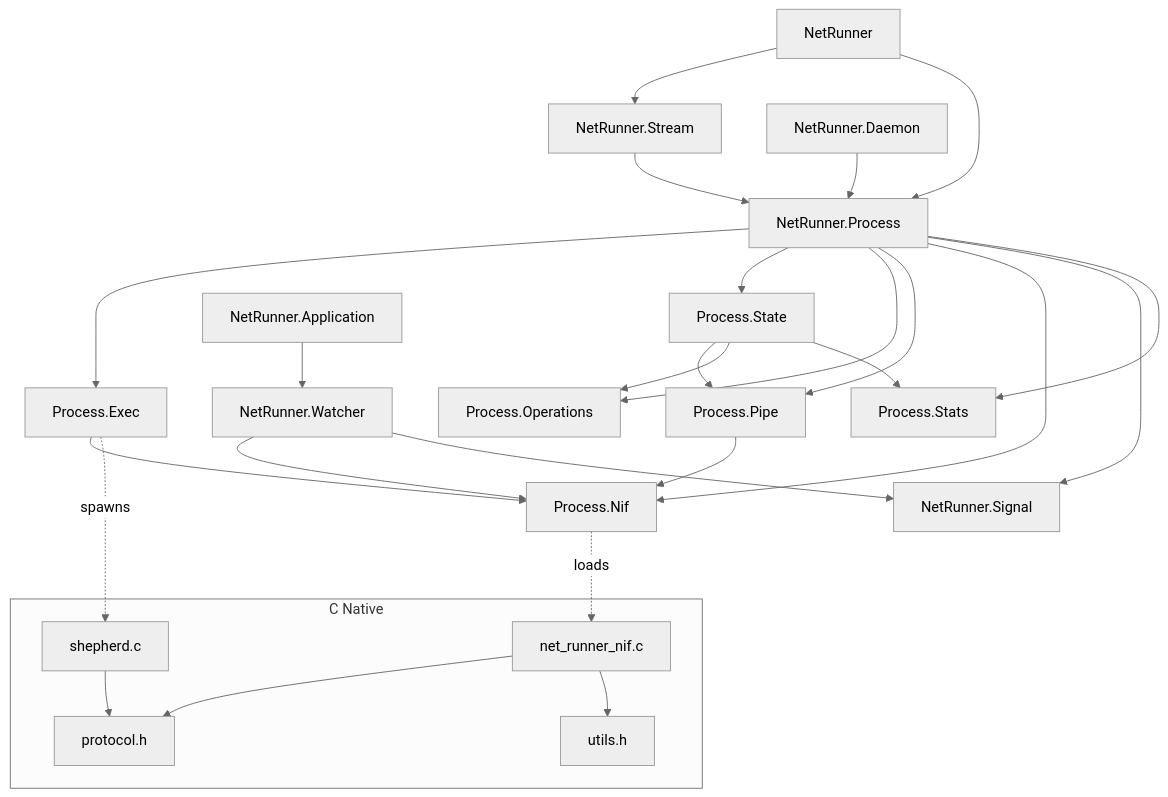
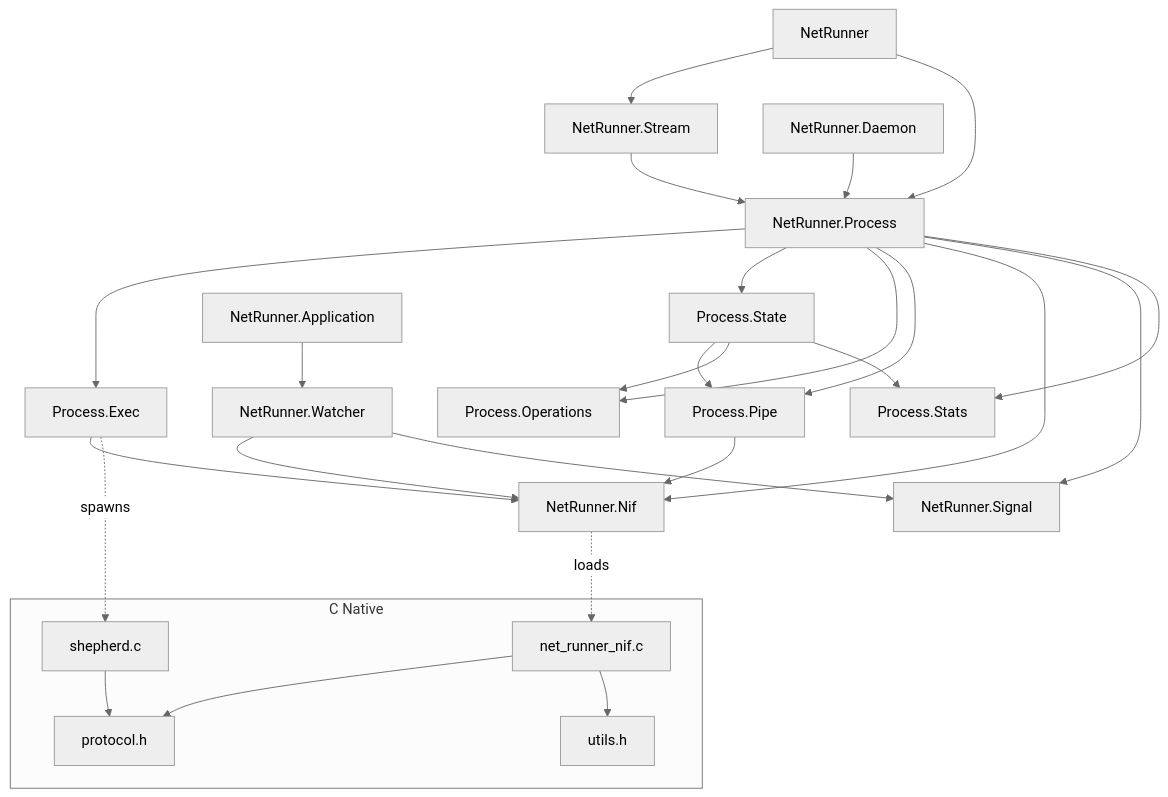
The diagram in docs/modules.md (nyo16/net_runner), drawn with Mermaid (neutral theme) before and after one commit. The commit also changed other lines of this file and 28 other files, not shown here.

````diff
--- a/docs/modules.md
+++ b/docs/modules.md
@@ -3,35 +3,35 @@
 ```mermaid
 graph TD
     NR[NetRunner] --> S[NetRunner.Stream]
     NR --> P[NetRunner.Process]
     S --> P
     P --> EX[Process.Exec]
     P --> ST[Process.State]
     P --> OP[Process.Operations]
     P --> PI[Process.Pipe]
-    P --> NI[Process.Nif]
+    P --> NI[NetRunner.Nif]
     P --> SIG[NetRunner.Signal]
     P --> STATS[Process.Stats]
     EX --> NI
     PI --> NI
     ST --> PI
     ST --> OP
     ST --> STATS
     W[NetRunner.Watcher] --> NI
     W --> SIG
     APP[NetRunner.Application] --> W
     D[NetRunner.Daemon] --> P
 
     subgraph "C Native"
         SH[shepherd.c]
         NIFC[net_runner_nif.c]
         PROTO[protocol.h]
         UTIL[utils.h]
     end
 
     NI -.->|loads| NIFC
     EX -.->|spawns| SH
     NIFC --> PROTO
     NIFC --> UTIL
     SH --> PROTO
 ```
````
